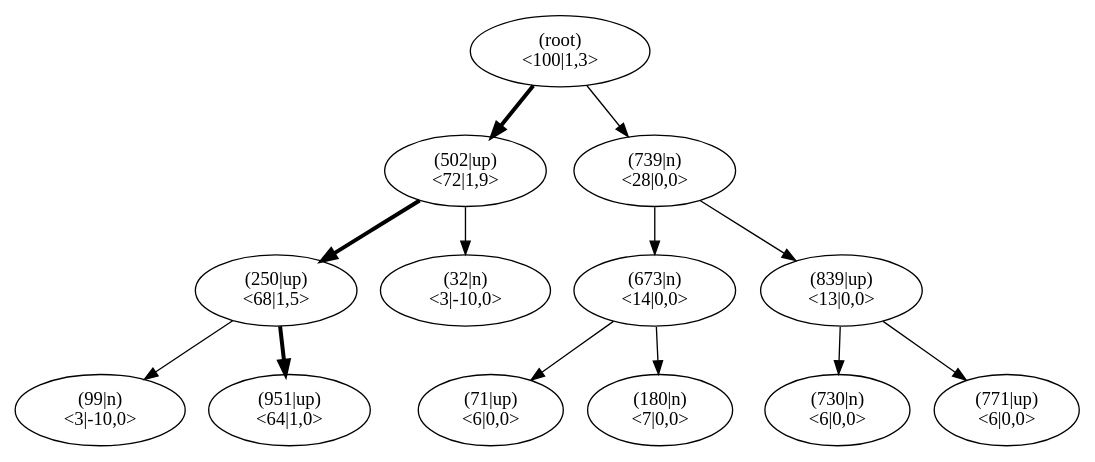
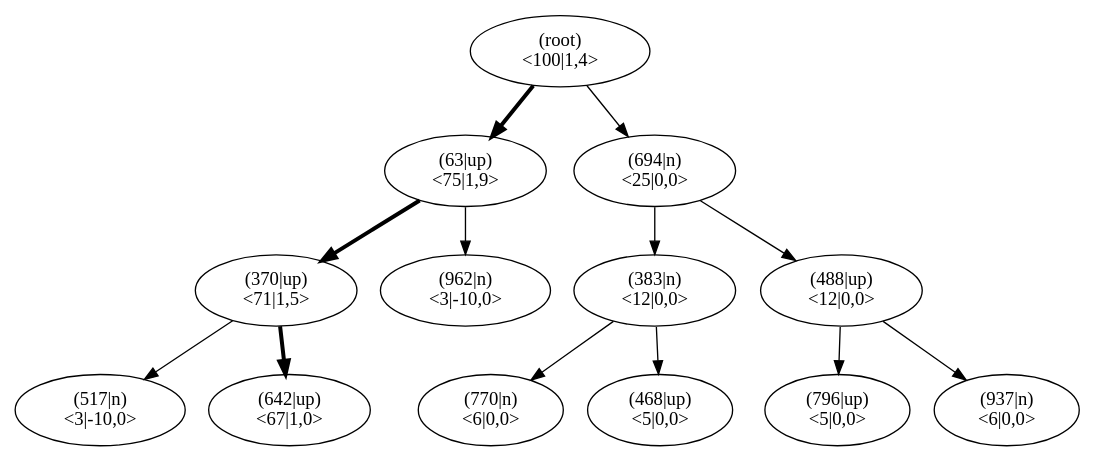
Before and after one commit to JonasHellgren/relexp-java: the diagram in pictures/ch13/climb_mctsHUNDREDiterHIGHEXP_NOTDEFBACKUP.dot, drawn with Graphviz. The commit also changed 10 other files, not shown here.

```diff
--- a/pictures/ch13/climb_mctsHUNDREDiterHIGHEXP_NOTDEFBACKUP.dot
+++ b/pictures/ch13/climb_mctsHUNDREDiterHIGHEXP_NOTDEFBACKUP.dot
@@ -1,41 +1,41 @@
 digraph MCTS {
 node [shape=ellipse];
 Nroot [label="(root)
-<100|1,3>"];
-Nroot -> N502[penwidth=3];
-N502 [label="(502|up)
-<72|1,9>"];
-N502 -> N250[penwidth=3];
-N250 [label="(250|up)
-<68|1,5>"];
-N250 -> N99[penwidth=1];
-N99 [label="(99|n)
+<100|1,4>"];
+Nroot -> N63[penwidth=3];
+N63 [label="(63|up)
+<75|1,9>"];
+N63 -> N370[penwidth=3];
+N370 [label="(370|up)
+<71|1,5>"];
+N370 -> N517[penwidth=1];
+N517 [label="(517|n)
 <3|-10,0>"];
-N250 -> N951[penwidth=3];
-N951 [label="(951|up)
-<64|1,0>"];
-N502 -> N32[penwidth=1];
-N32 [label="(32|n)
+N370 -> N642[penwidth=3];
+N642 [label="(642|up)
+<67|1,0>"];
+N63 -> N962[penwidth=1];
+N962 [label="(962|n)
 <3|-10,0>"];
-Nroot -> N739[penwidth=1];
-N739 [label="(739|n)
-<28|0,0>"];
-N739 -> N673[penwidth=1];
-N673 [label="(673|n)
-<14|0,0>"];
-N673 -> N71[penwidth=1];
-N71 [label="(71|up)
+Nroot -> N694[penwidth=1];
+N694 [label="(694|n)
+<25|0,0>"];
+N694 -> N383[penwidth=1];
+N383 [label="(383|n)
+<12|0,0>"];
+N383 -> N770[penwidth=1];
+N770 [label="(770|n)
 <6|0,0>"];
-N673 -> N180[penwidth=1];
-N180 [label="(180|n)
-<7|0,0>"];
-N739 -> N839[penwidth=1];
-N839 [label="(839|up)
-<13|0,0>"];
-N839 -> N730[penwidth=1];
-N730 [label="(730|n)
-<6|0,0>"];
-N839 -> N771[penwidth=1];
-N771 [label="(771|up)
+N383 -> N468[penwidth=1];
+N468 [label="(468|up)
+<5|0,0>"];
+N694 -> N488[penwidth=1];
+N488 [label="(488|up)
+<12|0,0>"];
+N488 -> N796[penwidth=1];
+N796 [label="(796|up)
+<5|0,0>"];
+N488 -> N937[penwidth=1];
+N937 [label="(937|n)
 <6|0,0>"];
 }
```
